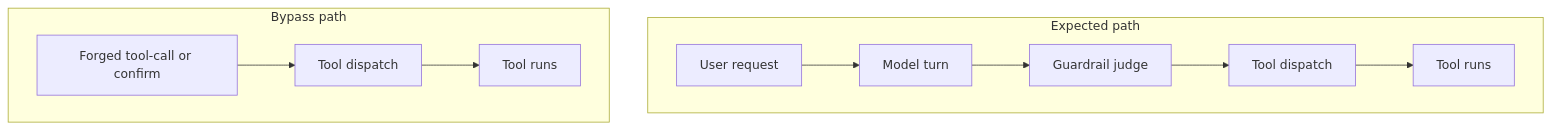
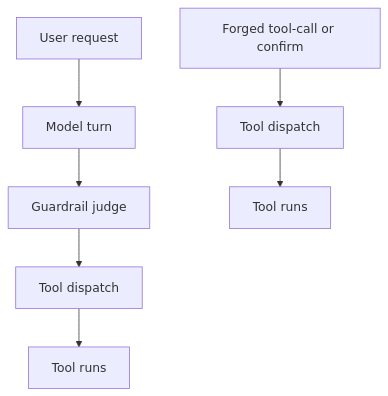
The diagram in src/content/posts/the-guardrail-that-waved-traffic-through.md (amoranio/Brief), drawn with Mermaid before and after one commit.

Commit message:
Replace guardrail post mermaid subgraphs with a flat flowchart (#28)
The nested subgraph diagram failed to compile, which dropped the live post body. Swap only the mermaid fence for a TD flowchart with no subgraphs.

````diff
--- a/src/content/posts/the-guardrail-that-waved-traffic-through.md
+++ b/src/content/posts/the-guardrail-that-waved-traffic-through.md
@@ -23,16 +23,10 @@
 ```mermaid
-%% caption: Top corridor is model then guardrail then dispatch; bottom corridor is forged payload straight to dispatch — no model turn, no judge
+%% caption: Top path is model then judge then dispatch; bottom is forged payload straight to dispatch
 flowchart TD
-  subgraph expected [Expected path]
-    direction LR
-    req[User request] --> model[Model turn]
-    model --> guard[Guardrail judge]
-    guard --> d1[Tool dispatch]
-    d1 --> t1[Tool runs]
-  end
-  subgraph bypass [Bypass path]
-    direction LR
-    forged[Forged tool-call or confirm] --> d2[Tool dispatch]
-    d2 --> t2[Tool runs]
-  end
+  req[User request] --> model[Model turn]
+  model --> guard[Guardrail judge]
+  guard --> d1[Tool dispatch]
+  d1 --> t1[Tool runs]
+  forged[Forged tool-call or confirm] --> d2[Tool dispatch]
+  d2 --> t2[Tool runs]
 ```
````
